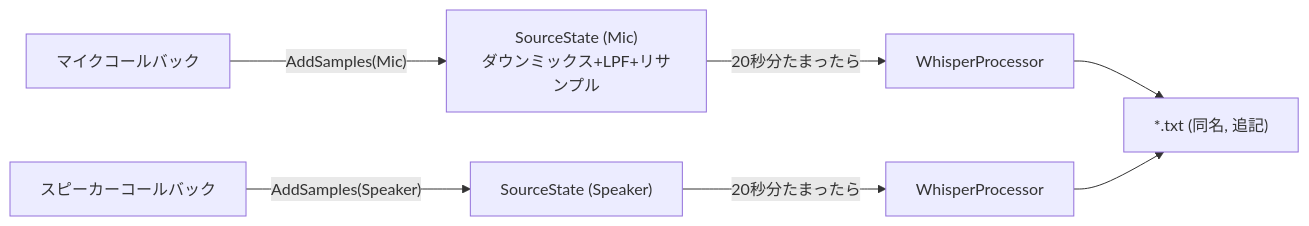
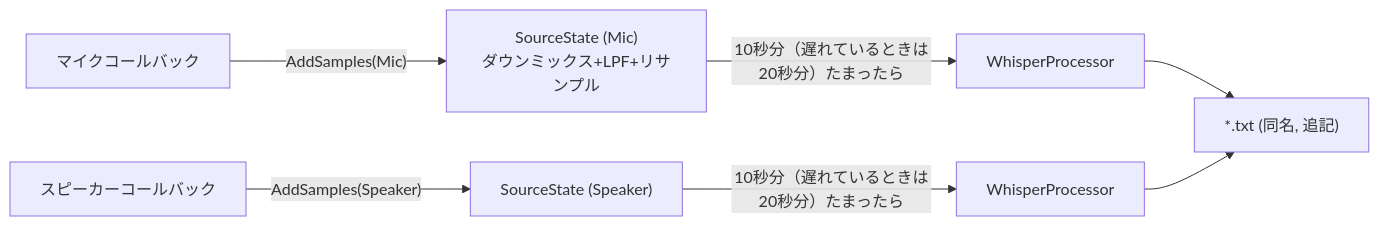
The third of 4 diagrams in docs/spec/02_architecture.md (otomac/audio-capture-app), drawn with Mermaid before and after one commit. The commit also changed 6 other files, not shown here.

````diff
--- a/docs/spec/02_architecture.md
+++ b/docs/spec/02_architecture.md
@@ -191,9 +191,9 @@
 ```mermaid
 flowchart LR
     MicBuf2["マイクコールバック"] -->|"AddSamples(Mic)"| SrcMic["SourceState (Mic)\nダウンミックス+LPF+リサンプル"]
     LoopBuf2["スピーカーコールバック"] -->|"AddSamples(Speaker)"| SrcSpk["SourceState (Speaker)"]
-    SrcMic -->|20秒分たまったら| Whisper1["WhisperProcessor"]
-    SrcSpk -->|20秒分たまったら| Whisper2["WhisperProcessor"]
+    SrcMic -->|"10秒分（遅れているときは20秒分）たまったら"| Whisper1["WhisperProcessor"]
+    SrcSpk -->|"10秒分（遅れているときは20秒分）たまったら"| Whisper2["WhisperProcessor"]
     Whisper1 --> Txt["*.txt (同名, 追記)"]
     Whisper2 --> Txt
 ```
````
